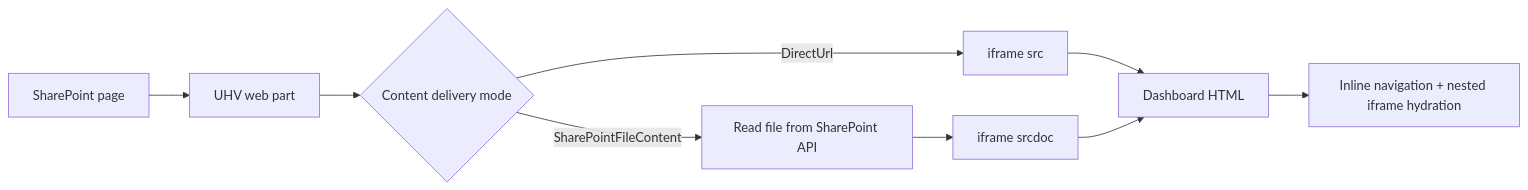
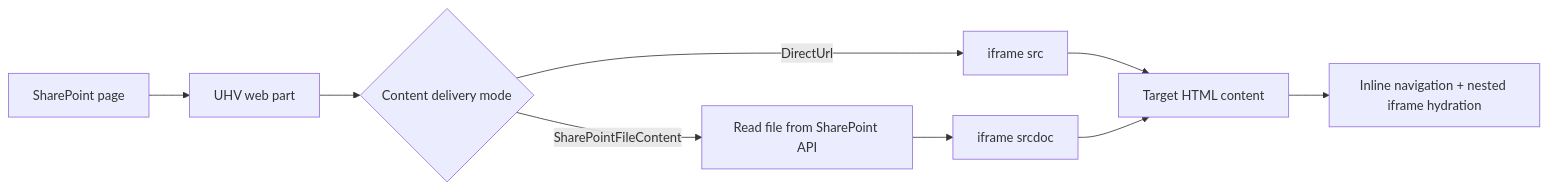
The second of 5 diagrams in README.md (EvotecIT/UltimateHtmlViewer), drawn with Mermaid before and after one commit. The commit also changed other lines of this file and 7 other files, not shown here.

````diff
--- a/README.md
+++ b/README.md
@@ -102,11 +141,11 @@
 ```mermaid
 flowchart LR
   A[SharePoint page] --> B[UHV web part]
   B --> C{Content delivery mode}
   C -->|DirectUrl| D[iframe src]
   C -->|SharePointFileContent| E[Read file from SharePoint API]
   E --> F[iframe srcdoc]
-  D --> G[Dashboard HTML]
-  F --> G[Dashboard HTML]
+  D --> G[Target HTML content]
+  F --> G[Target HTML content]
   G --> H[Inline navigation + nested iframe hydration]
 ```
````
